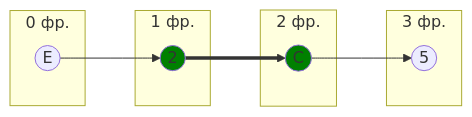
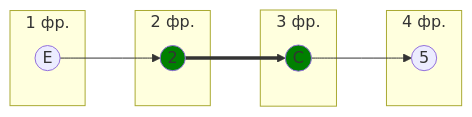
Before and after one commit to algos-ris-24-4/manual-tasks: the ninth of 11 diagrams in Задание 8/brigada.md, drawn with Mermaid. The commit also changed other lines of this file, not shown here.

````diff
--- a/Задание 8/brigada.md
+++ b/Задание 8/brigada.md
@@ -381,19 +397,19 @@
 ```mermaid
 graph LR
-    subgraph " 0 фр."
+    subgraph " 1 фр."
         E((E))
     end
-    subgraph " 1 фр."
+    subgraph " 2 фр."
         2((2))
     end
-    subgraph " 2 фр."
+    subgraph " 3 фр."
         C((C))
     end
-    subgraph " 3 фр."
+    subgraph " 4 фр."
         5((5))
     end
     E --> 2 ==> C --> 5
     
     style C fill:#008000
     style 2 fill:#008000
 ```
````
